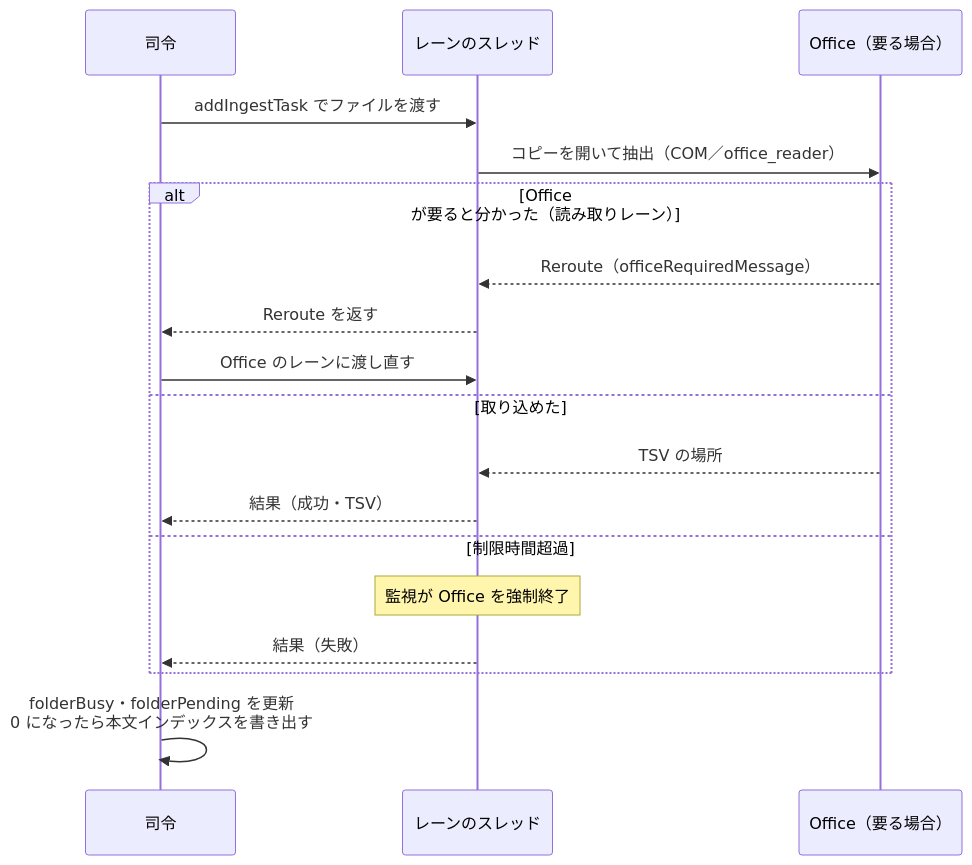
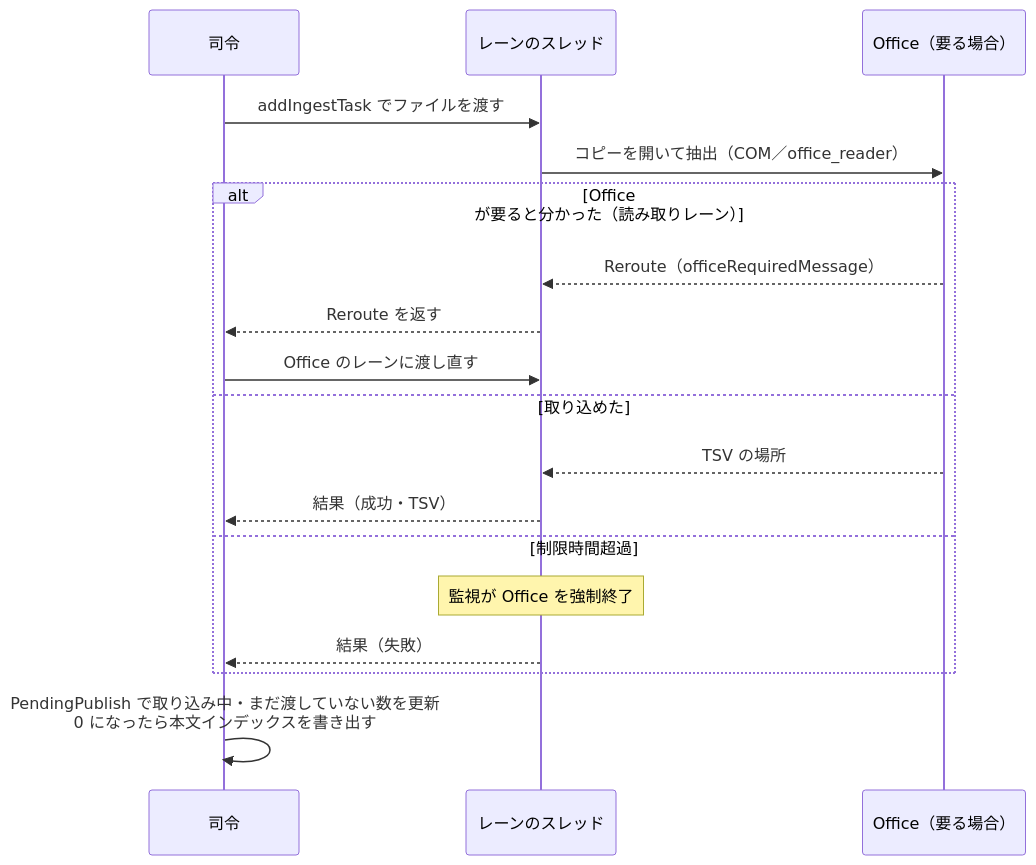
Before and after one commit to hsgwa/tebunko: the second of 2 diagrams in docs/design/indexing/parallel.md, drawn with Mermaid. The commit also changed other lines of this file and 12 other files, not shown here.

First line of the commit message:
refactor: PendingPublish に取り込み中・まだ渡していない数を移し、消した関数名の残りを設計書から取り除く

````diff
--- a/docs/design/indexing/parallel.md
+++ b/docs/design/indexing/parallel.md
@@ -31,21 +31,21 @@
 ```mermaid
 sequenceDiagram
     participant C as 司令
     participant W as レーンのスレッド
     participant O as Office（要る場合）
 
     C->>W: addIngestTask でファイルを渡す
     W->>O: コピーを開いて抽出（COM／office_reader）
     alt Office が要ると分かった（読み取りレーン）
         O-->>W: Reroute（officeRequiredMessage）
         W-->>C: Reroute を返す
         C->>W: Office のレーンに渡し直す
     else 取り込めた
         O-->>W: TSV の場所
         W-->>C: 結果（成功・TSV）
     else 制限時間超過
         Note over W: 監視が Office を強制終了
         W-->>C: 結果（失敗）
     end
-    C->>C: folderBusy・folderPending を更新<br>0 になったら本文インデックスを書き出す
+    C->>C: PendingPublish で取り込み中・まだ渡していない数を更新<br>0 になったら本文インデックスを書き出す
 ```
````
